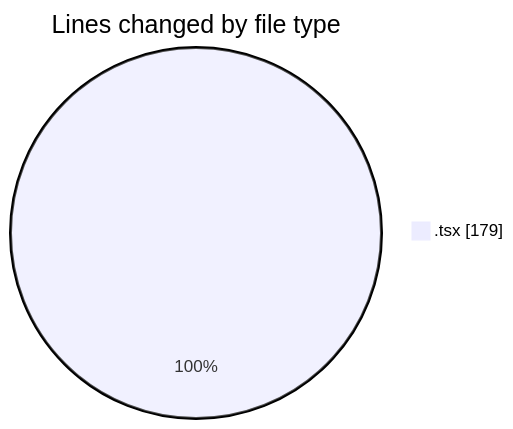
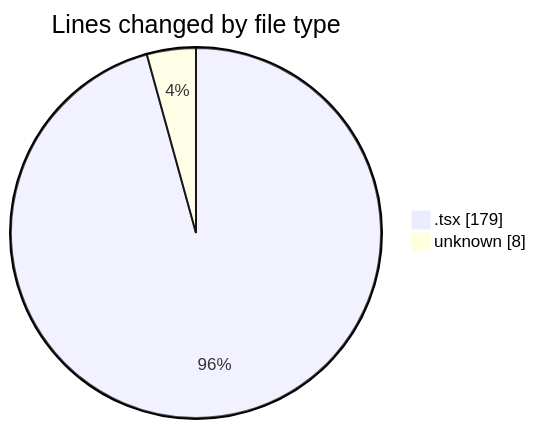
The first of 2 diagrams in 2025-05-21/niten/README.md (Elitesun/code-tracking), drawn with Mermaid before and after one commit. The commit also changed other lines of this file and 1 other file, not shown here.

````diff
--- a/2025-05-21/niten/README.md
+++ b/2025-05-21/niten/README.md
@@ -20,5 +23,6 @@
 ```mermaid
 pie showData
 title Lines changed by file type
 ".tsx" : 179
+"unknown" : 8
 ```
````
